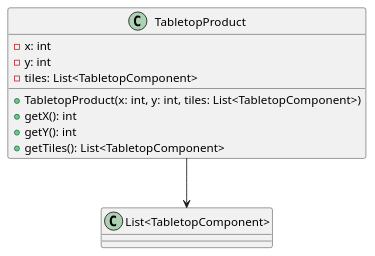
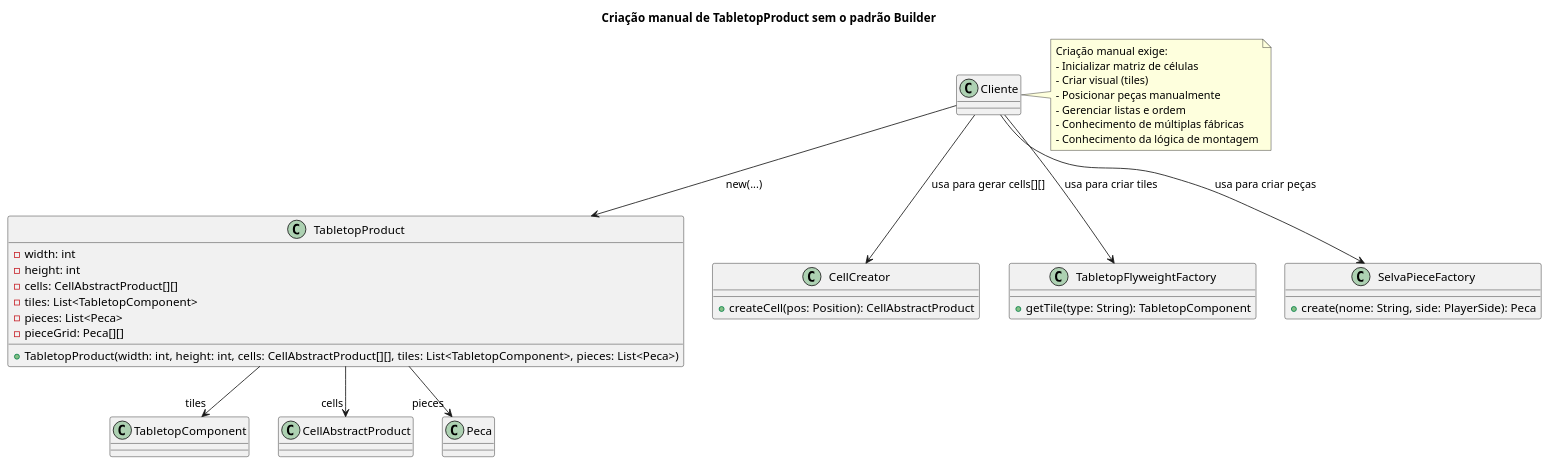
Before and after one commit to 20242-ifba-saj-ads-ppr/framework-equipe2: the first of 16 diagrams in README.md, drawn with PlantUML. The commit also changed other lines of this file and 5 other files, not shown here.

````diff
--- a/README.md
+++ b/README.md
@@ -11,15 +13,50 @@
 ```plantuml
 @startuml
+title Criação manual de TabletopProduct sem o padrão Builder
+
+' Classes principais envolvidas
 class TabletopProduct {
-  - x: int
-  - y: int
+  - width: int
+  - height: int
+  - cells: CellAbstractProduct[][]
   - tiles: List<TabletopComponent>
-  + TabletopProduct(x: int, y: int, tiles: List<TabletopComponent>)
-  + getX(): int
-  + getY(): int
-  + getTiles(): List<TabletopComponent>
+  - pieces: List<Peca>
+  - pieceGrid: Peca[][]
+  + TabletopProduct(width: int, height: int, cells: CellAbstractProduct[][], tiles: List<TabletopComponent>, pieces: List<Peca>)
 }
 
-TabletopProduct --> "List<TabletopComponent>"
+class CellCreator {
+  + createCell(pos: Position): CellAbstractProduct
+}
+
+class TabletopFlyweightFactory {
+  + getTile(type: String): TabletopComponent
+}
+
+class SelvaPieceFactory {
+  + create(nome: String, side: PlayerSide): Peca
+}
+
+class Cliente
+
+' Relações
+Cliente --> TabletopProduct : new(...)
+Cliente --> CellCreator : usa para gerar cells[][]
+Cliente --> TabletopFlyweightFactory : usa para criar tiles
+Cliente --> SelvaPieceFactory : usa para criar peças
+TabletopProduct --> "tiles" TabletopComponent
+TabletopProduct --> "cells" CellAbstractProduct
+TabletopProduct --> "pieces" Peca
+
+' Exemplo de dificuldade textual
+note right of Cliente
+Criação manual exige:
+- Inicializar matriz de células
+- Criar visual (tiles)
+- Posicionar peças manualmente
+- Gerenciar listas e ordem
+- Conhecimento de múltiplas fábricas
+- Conhecimento da lógica de montagem
+end note
 @enduml
 ```
````
